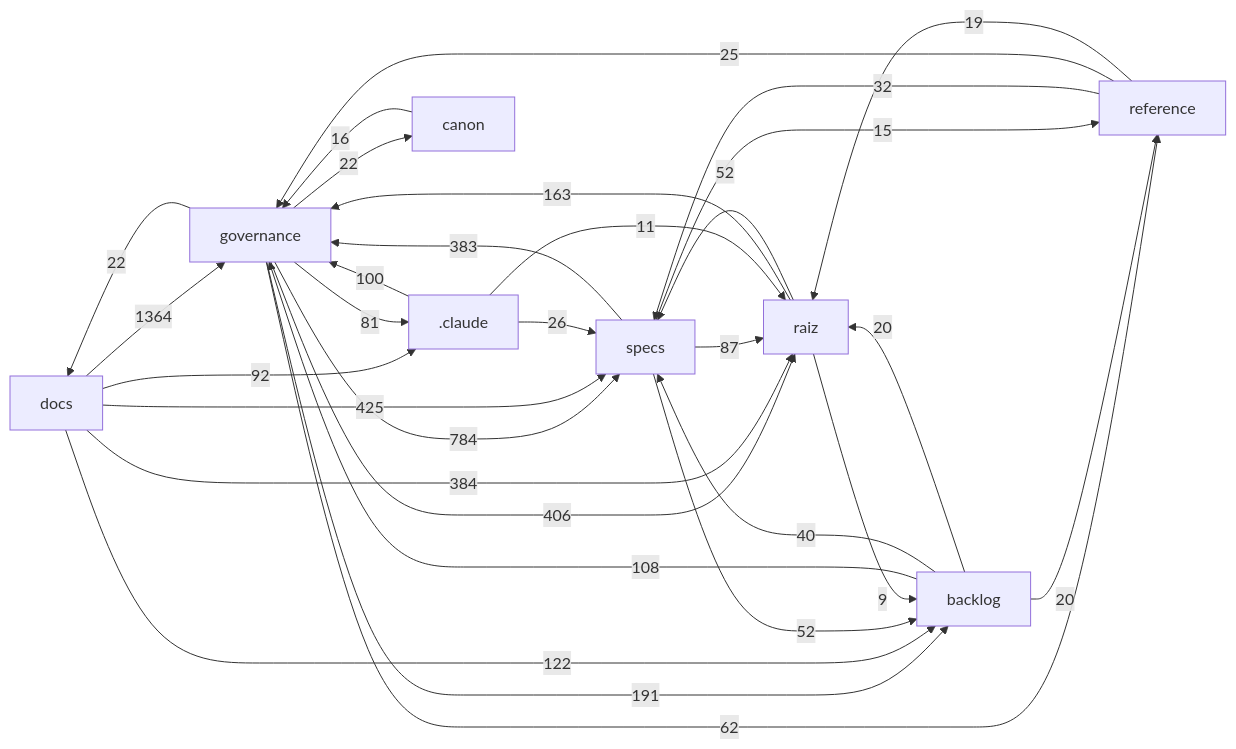
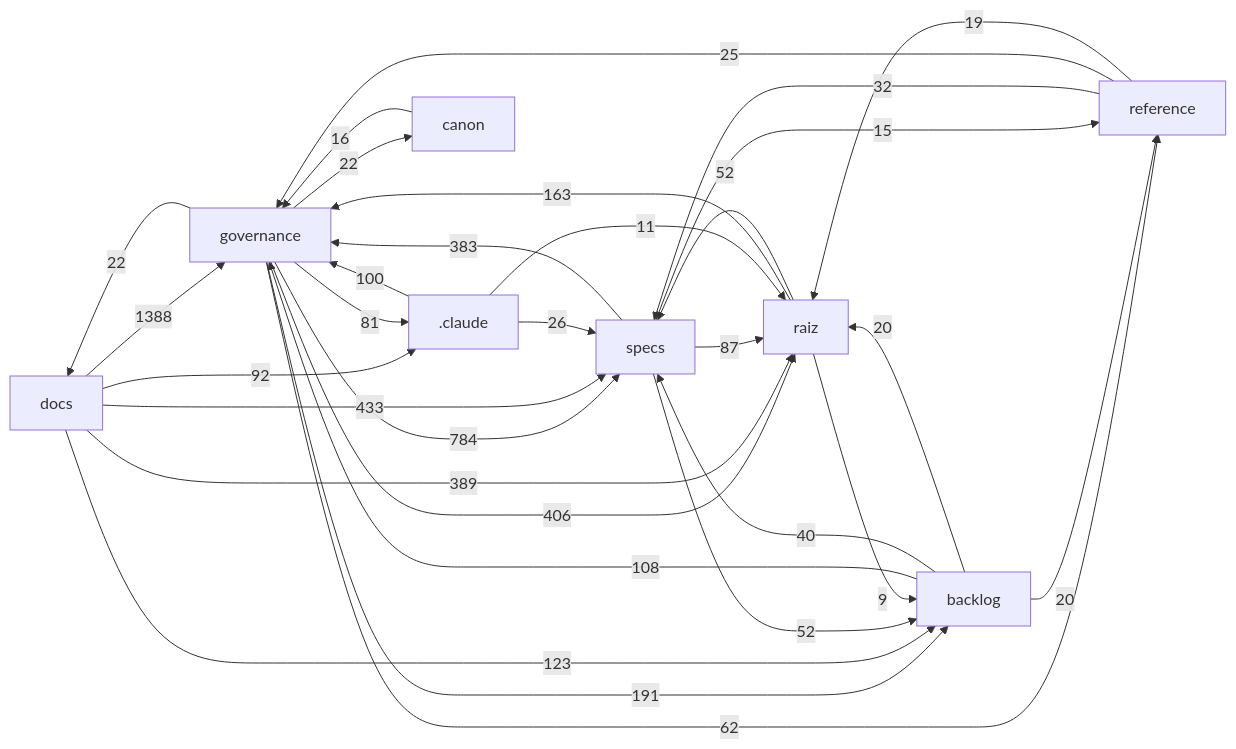
The diagram in docs/mapa/MAPA-PROJETO.md (Andraus35/Sistema-Operacional-de-Trading--SOT), drawn with Mermaid before and after one commit. The commit also changed other lines of this file and 3 other files, not shown here.

````diff
--- a/docs/mapa/MAPA-PROJETO.md
+++ b/docs/mapa/MAPA-PROJETO.md
@@ -29,33 +29,33 @@
 ```mermaid
 flowchart LR
-  docs["docs"] -->|1364| governance["governance"]
+  docs["docs"] -->|1388| governance["governance"]
   governance["governance"] -->|784| specs["specs"]
-  docs["docs"] -->|425| specs["specs"]
+  docs["docs"] -->|433| specs["specs"]
   governance["governance"] -->|406| raiz["raiz"]
-  docs["docs"] -->|384| raiz["raiz"]
+  docs["docs"] -->|389| raiz["raiz"]
   specs["specs"] -->|383| governance["governance"]
   governance["governance"] -->|191| backlog["backlog"]
   raiz["raiz"] -->|163| governance["governance"]
-  docs["docs"] -->|122| backlog["backlog"]
+  docs["docs"] -->|123| backlog["backlog"]
   backlog["backlog"] -->|108| governance["governance"]
   _claude[".claude"] -->|100| governance["governance"]
   docs["docs"] -->|92| _claude[".claude"]
   specs["specs"] -->|87| raiz["raiz"]
   governance["governance"] -->|81| _claude[".claude"]
   governance["governance"] -->|62| reference["reference"]
   raiz["raiz"] -->|52| specs["specs"]
   specs["specs"] -->|52| backlog["backlog"]
   backlog["backlog"] -->|40| specs["specs"]
   reference["reference"] -->|32| specs["specs"]
   _claude[".claude"] -->|26| specs["specs"]
   reference["reference"] -->|25| governance["governance"]
   governance["governance"] -->|22| docs["docs"]
   governance["governance"] -->|22| canon["canon"]
   backlog["backlog"] -->|20| raiz["raiz"]
   backlog["backlog"] -->|20| reference["reference"]
   reference["reference"] -->|19| raiz["raiz"]
   canon["canon"] -->|16| governance["governance"]
   specs["specs"] -->|15| reference["reference"]
   _claude[".claude"] -->|11| raiz["raiz"]
   raiz["raiz"] -->|9| backlog["backlog"]
 ```
````
